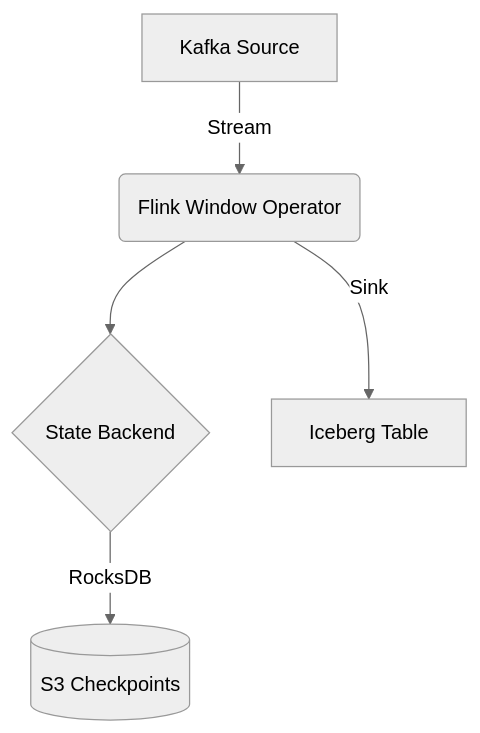
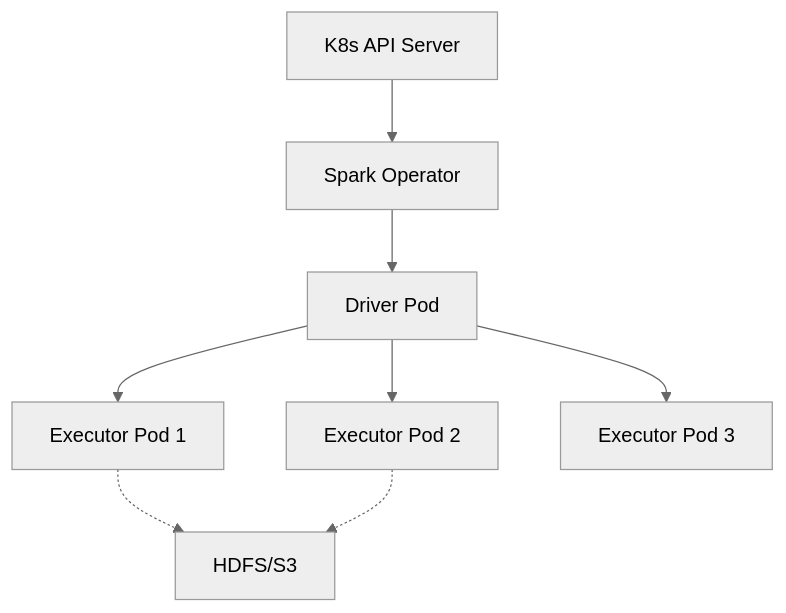
Before and after one commit to j4flmao/agent-skills: the diagram in skills/data/data-distributed-compute/references/deployment_strategies.md, drawn with Mermaid (neutral theme). The commit also changed other lines of this file and 85 other files, not shown here.

````diff
--- a/skills/data/data-distributed-compute/references/deployment_strategies.md
+++ b/skills/data/data-distributed-compute/references/deployment_strategies.md
@@ -51,7 +38,10 @@
 ```mermaid
 graph TD
-    A[Kafka Source] -->|Stream| B(Flink Window Operator)
-    B --> C{State Backend}
-    C -->|RocksDB| D[(S3 Checkpoints)]
-    B -->|Sink| E[Iceberg Table]
+    A[K8s API Server] --> B[Spark Operator]
+    B --> C[Driver Pod]
+    C --> D[Executor Pod 1]
+    C --> E[Executor Pod 2]
+    C --> F[Executor Pod 3]
+    D -.-> G[HDFS/S3]
+    E -.-> G
 ```
````
